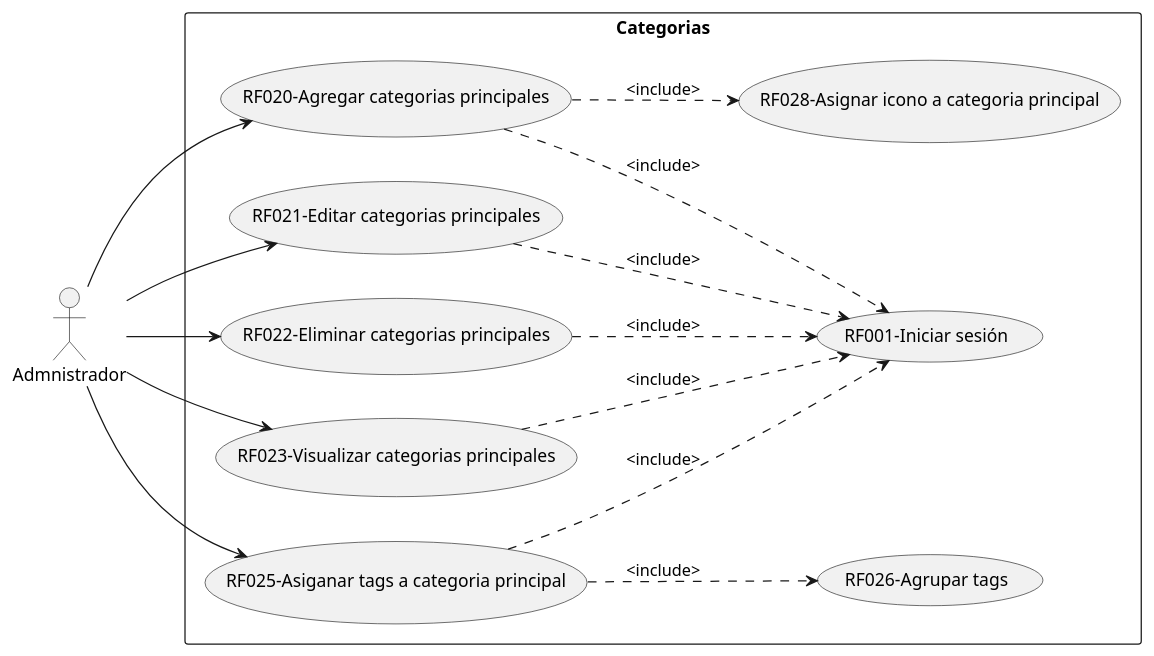
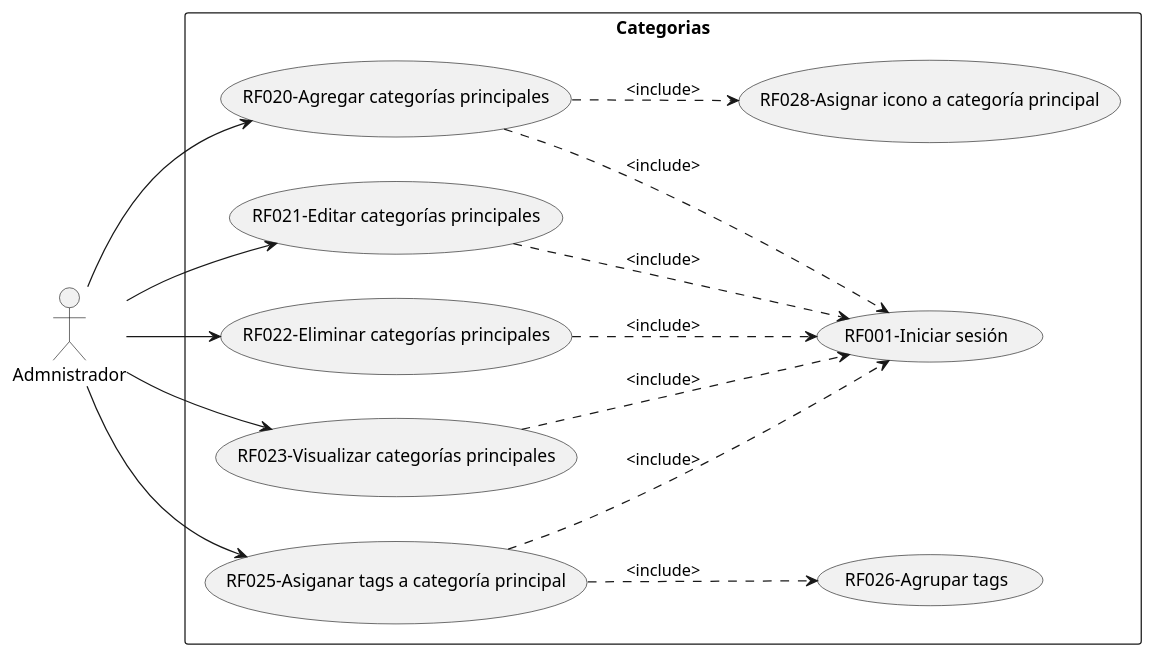
Before and after one commit to Los-Waza/MetalK_Documentation: the diagram in CasosDeUso/metalK_cdu_categorias.puml, drawn with PlantUML. The commit also changed 5 other files, not shown here.

```diff
--- a/CasosDeUso/metalK_cdu_categorias.puml
+++ b/CasosDeUso/metalK_cdu_categorias.puml
@@ -1,33 +1,33 @@
 @startuml MetalK_UseCase_Catogories
     left to right direction
 
     actor Admnistrador as a
 
     rectangle Categorias{
         usecase "RF001-Iniciar sesión" as RF001
-        usecase "RF020-Agregar categorias principales" as RF020
-        usecase "RF021-Editar categorias principales" as RF021
-        usecase "RF022-Eliminar categorias principales" as RF022
-        usecase "RF023-Visualizar categorias principales" as RF023
+        usecase "RF020-Agregar categorías principales" as RF020
+        usecase "RF021-Editar categorías principales" as RF021
+        usecase "RF022-Eliminar categorías principales" as RF022
+        usecase "RF023-Visualizar categorías principales" as RF023
         usecase "RF026-Agrupar tags" as RF026
-        usecase "RF028-Asignar icono a categoria principal" as RF028
-        usecase "RF025-Asiganar tags a categoria principal" as RF025
+        usecase "RF028-Asignar icono a categoría principal" as RF028
+        usecase "RF025-Asiganar tags a categoría principal" as RF025
     }
 
     a -down-> RF020
     a -down-> RF021
     a -down-> RF022
     a -down-> RF023
     a -down-> RF025
 
     'Accesss Include'
     RF020 .down.> RF001: <include>
     RF021 .down.> RF001: <include>
     RF022 .down.> RF001: <include>
     RF023 .down.> RF001: <include>
     RF025 ..> RF001: <include>
     
     RF020 .down.> RF028: <include>
     RF025 .down.> RF026: <include>
 
 @enduml
```
